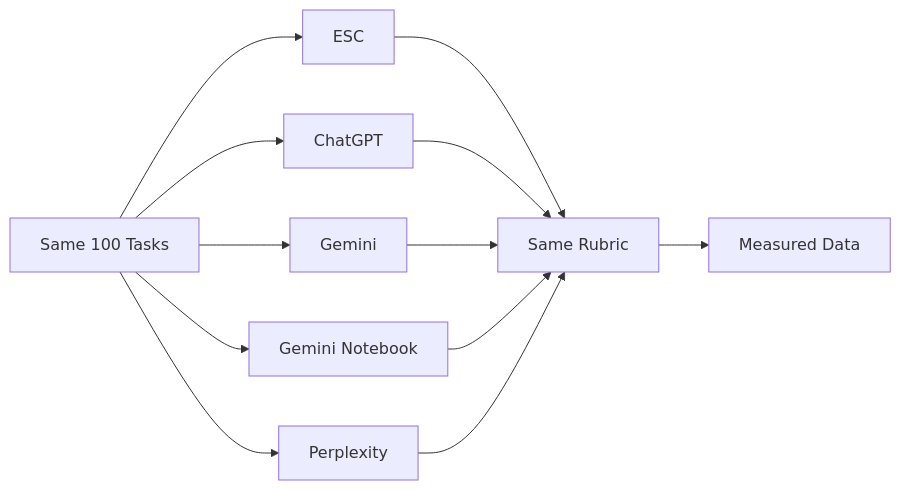
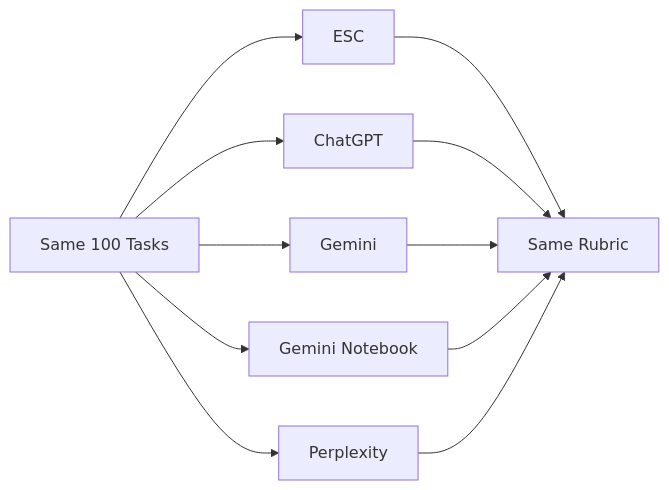
One commit to mahik2007/hackathon changed diagram 13 of 23 in README.md. Above: the diagram before and after it, drawn with Mermaid. The commit also changed other lines of this file, not shown here.

````diff
--- a/README.md
+++ b/README.md
@@ -219,15 +238,13 @@
 ```mermaid
 flowchart LR
-    Q[Same 100 Tasks]
-    Q --> E[ESC]
+    Q[Same 100 Tasks] --> E[ESC]
     Q --> C[ChatGPT]
     Q --> G[Gemini]
     Q --> N[Gemini Notebook]
     Q --> P[Perplexity]
     E --> R[Same Rubric]
     C --> R
     G --> R
     N --> R
     P --> R
-    R --> D[Measured Data]
 ```
````
